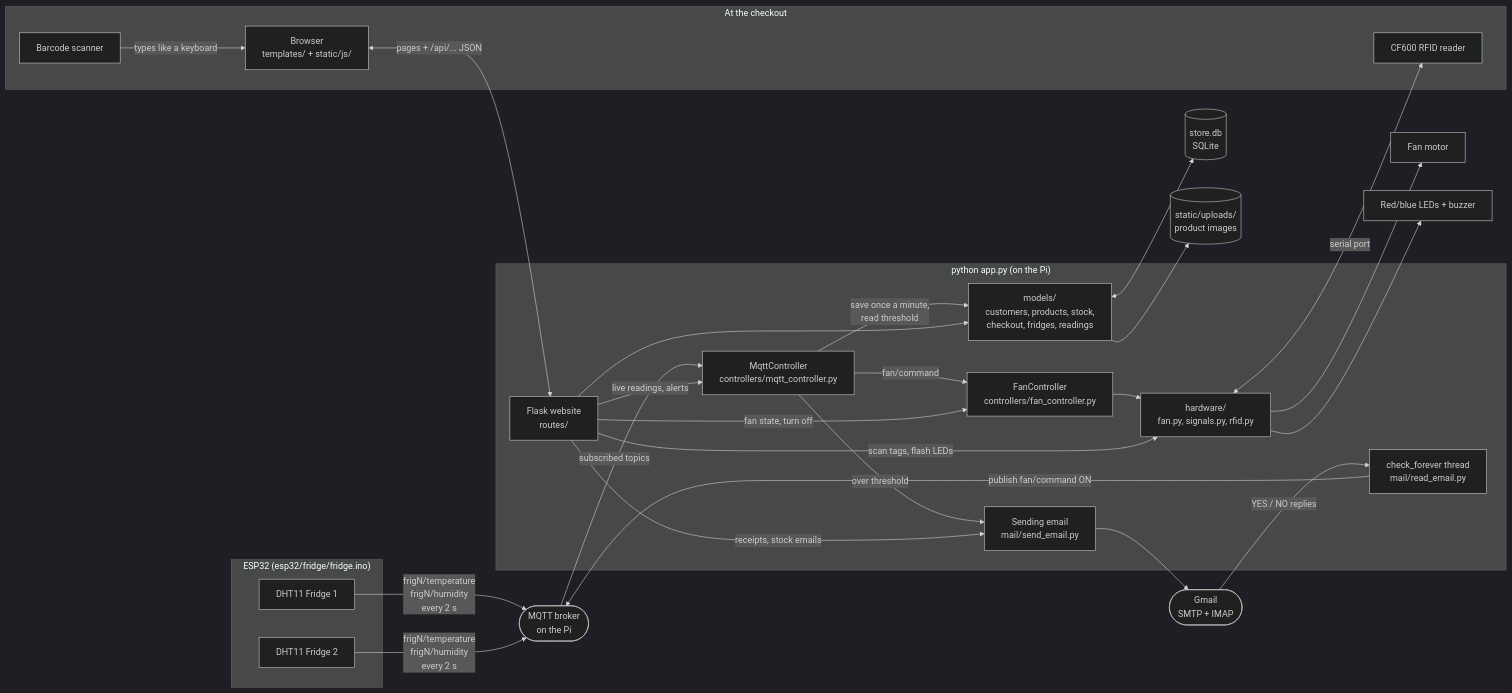
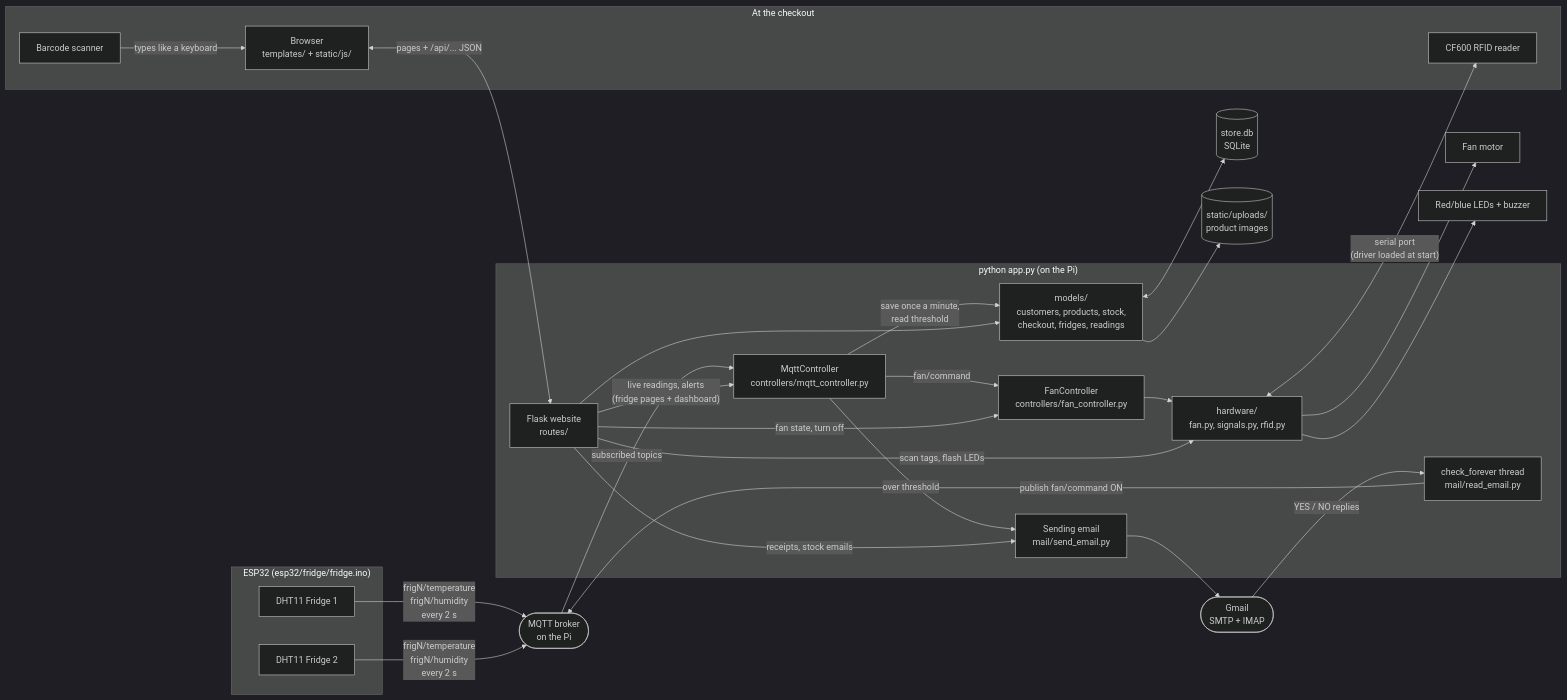
The first of 8 diagrams in docs/architecture.md (gvogas/IoT), drawn with Mermaid (dark theme) before and after one commit. The commit also changed other lines of this file and 3 other files, not shown here.

````diff
--- a/docs/architecture.md
+++ b/docs/architecture.md
@@ -19,53 +21,53 @@
 ```mermaid
 flowchart LR
     subgraph ESP32["ESP32 (esp32/fridge/fridge.ino)"]
         DHT1["DHT11 Fridge 1"]
         DHT2["DHT11 Fridge 2"]
     end
 
     subgraph Store["At the checkout"]
         Browser["Browser<br/>templates/ + static/js/"]
         Barcode["Barcode scanner"]
         Reader["CF600 RFID reader"]
     end
 
     Broker(["MQTT broker<br/>on the Pi"])
 
     subgraph Pi["python app.py (on the Pi)"]
         Flask["Flask website<br/>routes/"]
         MQTT["MqttController<br/>controllers/mqtt_controller.py"]
         FanC["FanController<br/>controllers/fan_controller.py"]
         Inbox["check_forever thread<br/>mail/read_email.py"]
         Send["Sending email<br/>mail/send_email.py"]
         Models["models/<br/>customers, products, stock,<br/>checkout, fridges, readings"]
         HW["hardware/<br/>fan.py, signals.py, rfid.py"]
     end
 
     DB[("store.db<br/>SQLite")]
     Images[("static/uploads/<br/>product images")]
     Gmail(["Gmail<br/>SMTP + IMAP"])
     Fan["Fan motor"]
     LEDs["Red/blue LEDs + buzzer"]
 
     DHT1 & DHT2 -->|"frigN/temperature<br/>frigN/humidity<br/>every 2 s"| Broker
     Broker -->|subscribed topics| MQTT
     MQTT -->|fan/command| FanC
     MQTT -->|"save once a minute,<br/>read threshold"| Models
     MQTT -->|"over threshold"| Send
     Send --> Gmail
     Gmail -->|"YES / NO replies"| Inbox
     Inbox -->|"publish fan/command ON"| Broker
     FanC --> HW
     HW --> Fan
     HW --> LEDs
-    HW <-->|"serial port"| Reader
+    HW <-->|"serial port<br/>(driver loaded at start)"| Reader
     Barcode -->|"types like a keyboard"| Browser
     Models <--> DB
     Models --> Images
     Browser <-->|"pages + /api/... JSON"| Flask
     Flask --> Models
     Flask -->|"scan tags, flash LEDs"| HW
     Flask -->|"receipts, stock emails"| Send
-    Flask -->|"live readings, alerts"| MQTT
+    Flask -->|"live readings, alerts<br/>(fridge pages + dashboard)"| MQTT
     Flask -->|"fan state, turn off"| FanC
 ```
````
